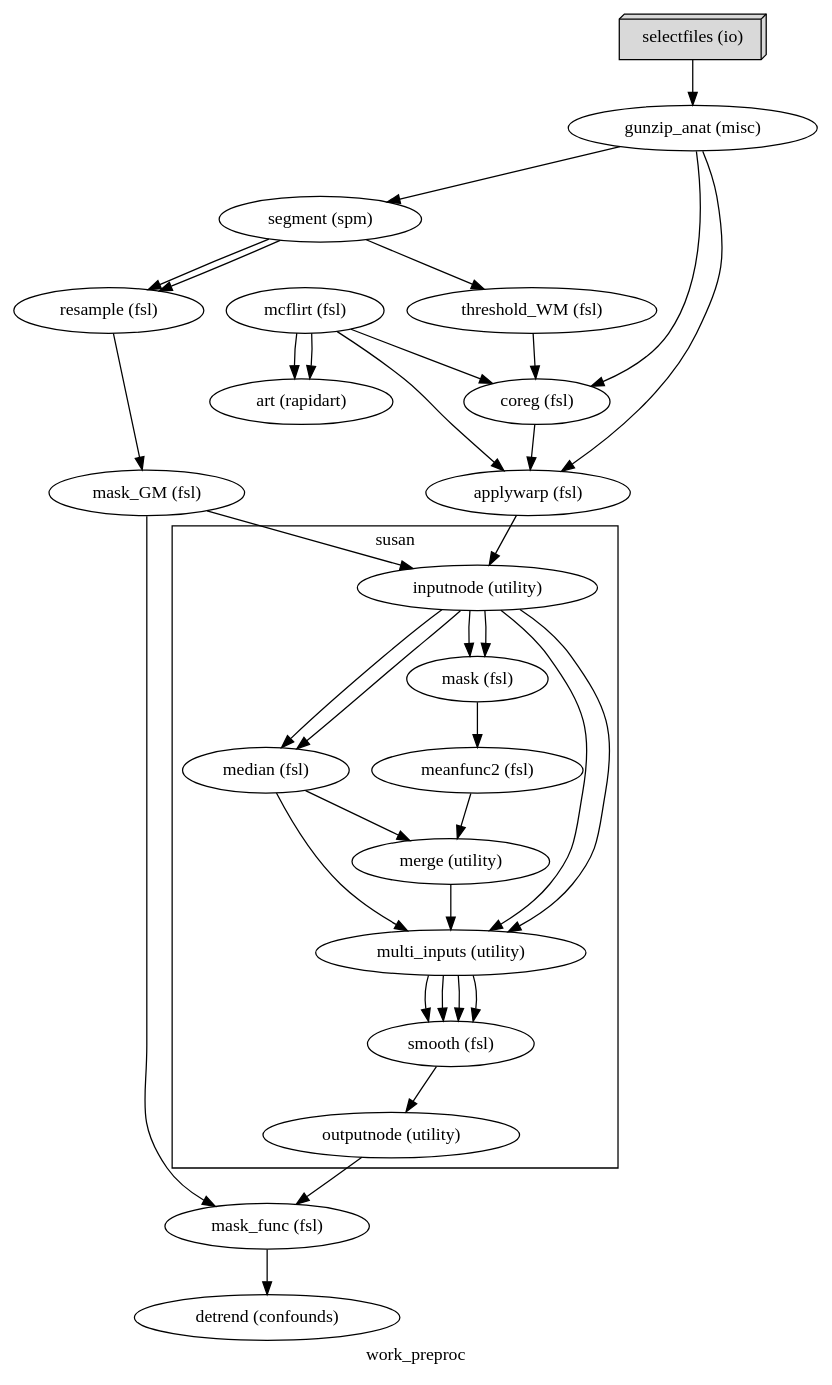
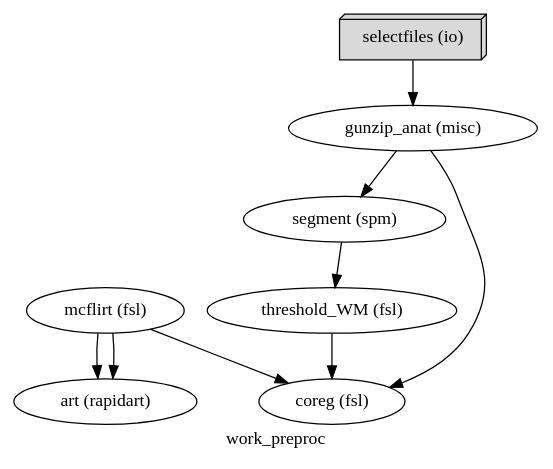
Before and after one commit to sustianovich/AntsFsl_MRI: the diagram in output/work_preproc/graph.dot, drawn with Graphviz. The commit also changed 9 other files, not shown here.

```diff
--- a/output/work_preproc/graph.dot
+++ b/output/work_preproc/graph.dot
@@ -1,61 +1,18 @@
 digraph work_preproc{
   label="work_preproc";
   work_preproc_mcflirt[label="mcflirt (fsl)"];
   work_preproc_selectfiles[label="selectfiles (io)", shape=box3d,style=filled, color=black, colorscheme=greys7 fillcolor=2];
   work_preproc_art[label="art (rapidart)"];
   work_preproc_gunzip_anat[label="gunzip_anat (misc)"];
   work_preproc_segment[label="segment (spm)"];
   work_preproc_threshold_WM[label="threshold_WM (fsl)"];
-  work_preproc_resample[label="resample (fsl)"];
   work_preproc_coreg[label="coreg (fsl)"];
-  work_preproc_mask_GM[label="mask_GM (fsl)"];
-  work_preproc_applywarp[label="applywarp (fsl)"];
-  work_preproc_mask_func[label="mask_func (fsl)"];
-  work_preproc_detrend[label="detrend (confounds)"];
   work_preproc_mcflirt -> work_preproc_art;
   work_preproc_mcflirt -> work_preproc_art;
   work_preproc_mcflirt -> work_preproc_coreg;
-  work_preproc_mcflirt -> work_preproc_applywarp;
   work_preproc_selectfiles -> work_preproc_gunzip_anat;
   work_preproc_gunzip_anat -> work_preproc_segment;
   work_preproc_gunzip_anat -> work_preproc_coreg;
-  work_preproc_gunzip_anat -> work_preproc_applywarp;
   work_preproc_segment -> work_preproc_threshold_WM;
-  work_preproc_segment -> work_preproc_resample;
-  work_preproc_segment -> work_preproc_resample;
   work_preproc_threshold_WM -> work_preproc_coreg;
-  work_preproc_resample -> work_preproc_mask_GM;
-  work_preproc_coreg -> work_preproc_applywarp;
-  work_preproc_mask_GM -> work_preproc_mask_func;
-  subgraph cluster_work_preproc_susan {
-      label="susan";
-    work_preproc_susan_inputnode[label="inputnode (utility)"];
-    work_preproc_susan_median[label="median (fsl)"];
-    work_preproc_susan_mask[label="mask (fsl)"];
-    work_preproc_susan_meanfunc2[label="meanfunc2 (fsl)"];
-    work_preproc_susan_merge[label="merge (utility)"];
-    work_preproc_susan_multi_inputs[label="multi_inputs (utility)"];
-    work_preproc_susan_smooth[label="smooth (fsl)"];
-    work_preproc_susan_outputnode[label="outputnode (utility)"];
-    work_preproc_susan_inputnode -> work_preproc_susan_median;
-    work_preproc_susan_inputnode -> work_preproc_susan_median;
-    work_preproc_susan_inputnode -> work_preproc_susan_mask;
-    work_preproc_susan_inputnode -> work_preproc_susan_mask;
-    work_preproc_susan_inputnode -> work_preproc_susan_multi_inputs;
-    work_preproc_susan_inputnode -> work_preproc_susan_multi_inputs;
-    work_preproc_susan_median -> work_preproc_susan_merge;
-    work_preproc_susan_median -> work_preproc_susan_multi_inputs;
-    work_preproc_susan_mask -> work_preproc_susan_meanfunc2;
-    work_preproc_susan_meanfunc2 -> work_preproc_susan_merge;
-    work_preproc_susan_merge -> work_preproc_susan_multi_inputs;
-    work_preproc_susan_multi_inputs -> work_preproc_susan_smooth;
-    work_preproc_susan_multi_inputs -> work_preproc_susan_smooth;
-    work_preproc_susan_multi_inputs -> work_preproc_susan_smooth;
-    work_preproc_susan_multi_inputs -> work_preproc_susan_smooth;
-    work_preproc_susan_smooth -> work_preproc_susan_outputnode;
-  }
-  work_preproc_mask_func -> work_preproc_detrend;
-  work_preproc_applywarp -> work_preproc_susan_inputnode;
-  work_preproc_susan_outputnode -> work_preproc_mask_func;
-  work_preproc_mask_GM -> work_preproc_susan_inputnode;
 }
```
